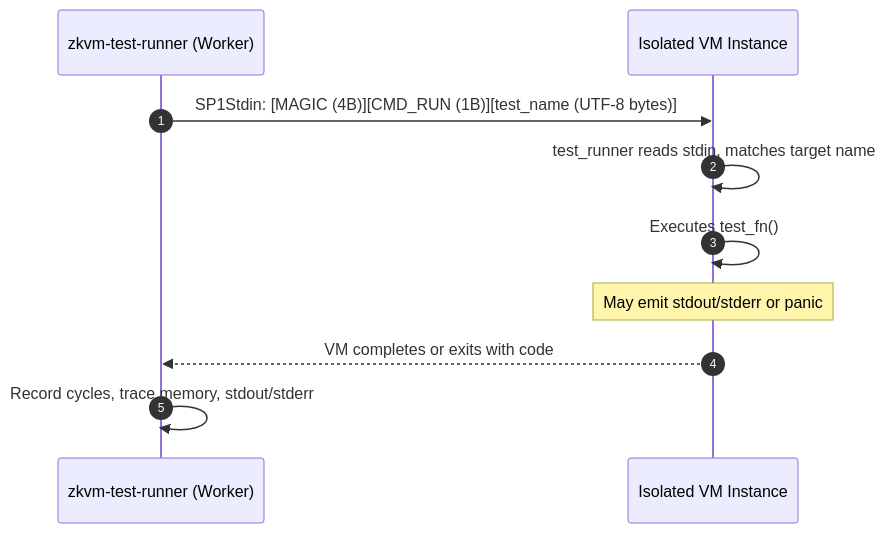
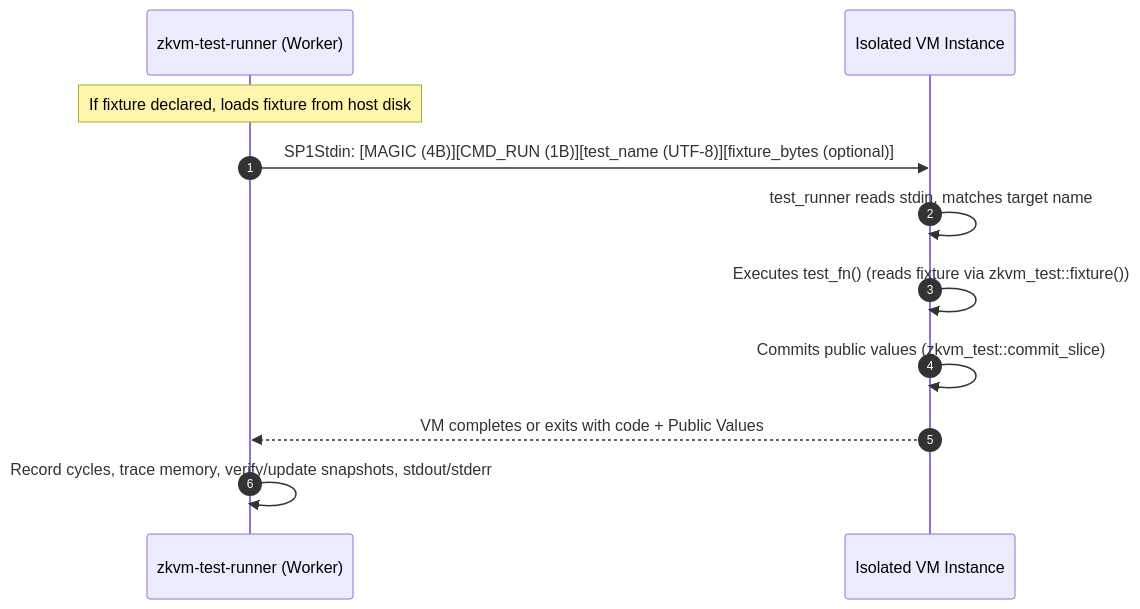
Before and after one commit to tcrypt25519/zkpow: the second of 2 diagrams in docs/zkvm-test.md, drawn with Mermaid. The commit also changed other lines of this file and 20 other files, not shown here.

Commit message:
feat(zkvm-test): Color, instructions, fixtures, snapshots, junit.

````diff
--- a/docs/zkvm-test.md
+++ b/docs/zkvm-test.md
@@ -174,13 +209,14 @@
 ```mermaid
 sequenceDiagram
     autonumber
     participant Host as zkvm-test-runner (Worker)
     participant Guest as Isolated VM Instance
 
-    Host->>Guest: SP1Stdin: [MAGIC (4B)][CMD_RUN (1B)][test_name (UTF-8 bytes)]
+    Note over Host: If fixture declared, loads fixture from host disk
+    Host->>Guest: SP1Stdin: [MAGIC (4B)][CMD_RUN (1B)][test_name (UTF-8)][fixture_bytes (optional)]
     Guest->>Guest: test_runner reads stdin, matches target name
-    Guest->>Guest: Executes test_fn()
-    Note over Guest: May emit stdout/stderr or panic
-    Guest-->>Host: VM completes or exits with code
-    Host->>Host: Record cycles, trace memory, stdout/stderr
+    Guest->>Guest: Executes test_fn() (reads fixture via zkvm_test::fixture())
+    Guest->>Guest: Commits public values (zkvm_test::commit_slice)
+    Guest-->>Host: VM completes or exits with code + Public Values
+    Host->>Host: Record cycles, trace memory, verify/update snapshots, stdout/stderr
 ```
````
